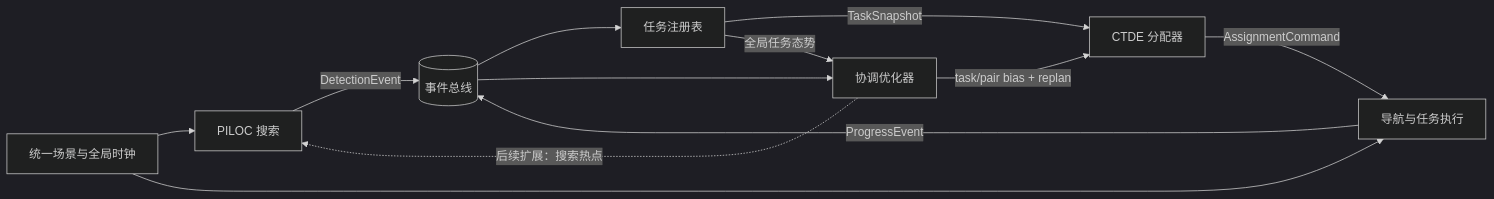
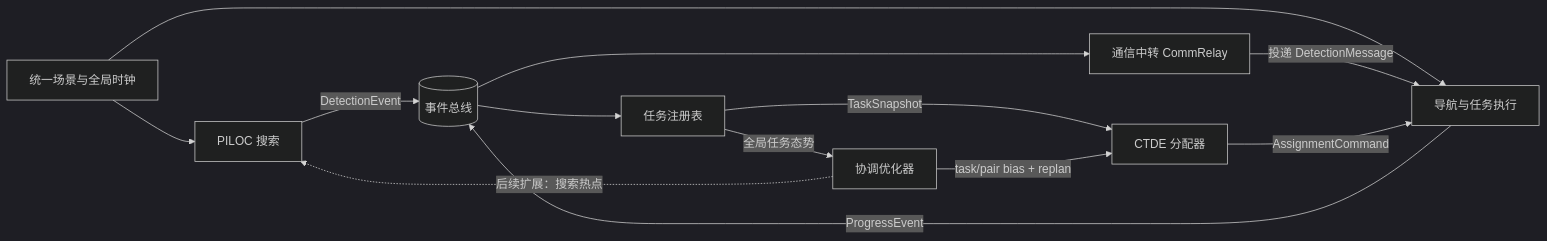
Before and after one commit to rui020726/zhenghe: the diagram in ARCHITECTURE.md, drawn with Mermaid (dark theme). The commit also changed other lines of this file and 3 other files, not shown here.

````diff
--- a/ARCHITECTURE.md
+++ b/ARCHITECTURE.md
@@ -7,22 +7,24 @@
 ```mermaid
 flowchart LR
     W[统一场景与全局时钟]
     S[PILOC 搜索]
     B[(事件总线)]
     R[任务注册表]
+    M[通信中转 CommRelay]
     C[协调优化器]
     A[CTDE 分配器]
     X[导航与任务执行]
 
     W --> S
     W --> X
     S -->|DetectionEvent| B
     X -->|ProgressEvent| B
     B --> R
-    B --> C
+    B --> M
+    M -->|投递 DetectionMessage| X
     R -->|TaskSnapshot| A
     R -->|全局任务态势| C
     C -->|task/pair bias + replan| A
     A -->|AssignmentCommand| X
     C -.后续扩展：搜索热点.-> S
 ```
````
